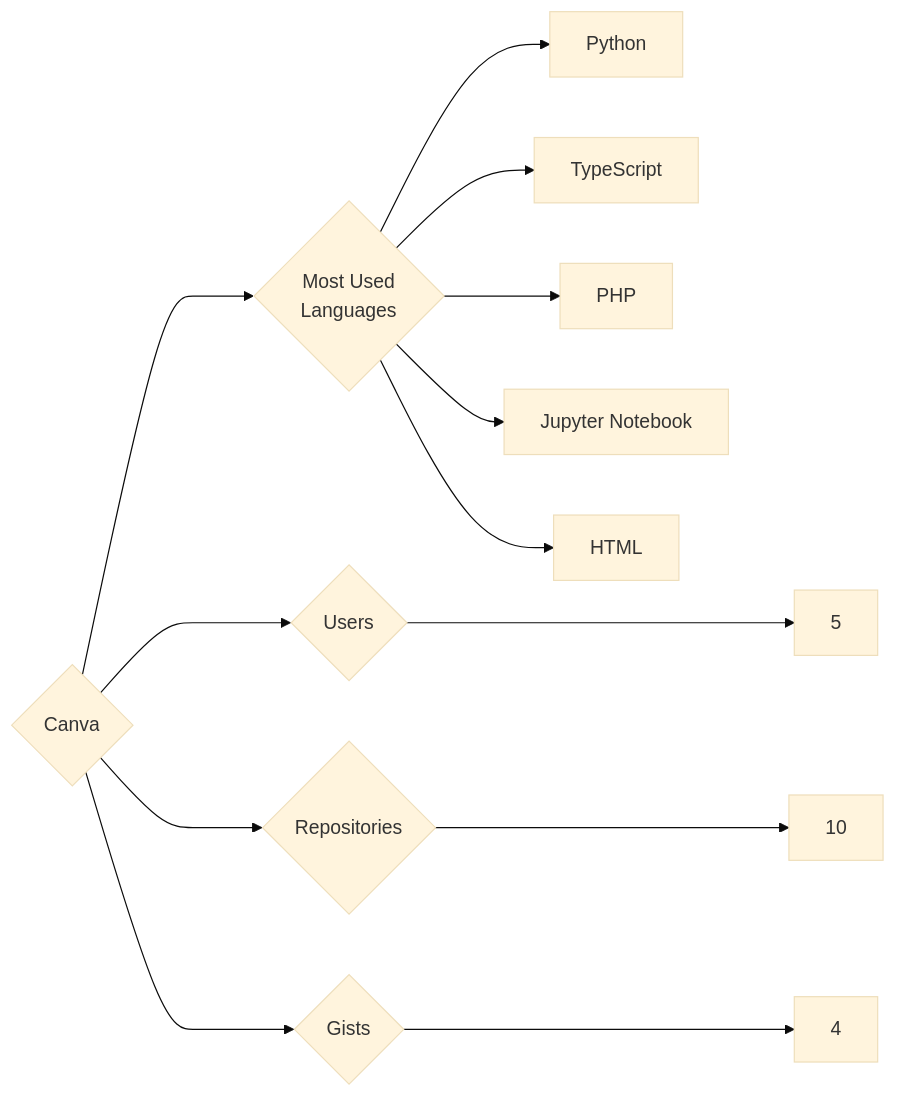
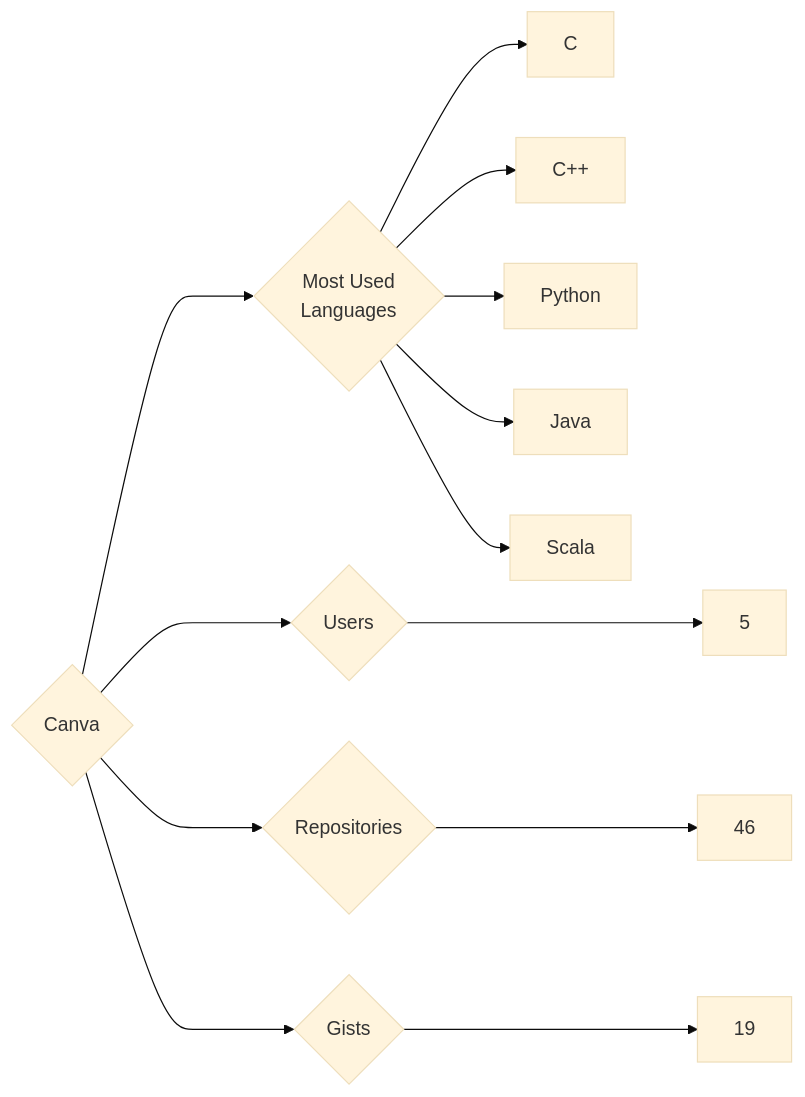
One commit to trickest/insiders changed the diagram in targets/Canva/README.md. Above: the diagram before and after it, drawn with Mermaid (base theme). The commit also changed 1141 other files, not shown here.

````diff
--- a/targets/Canva/README.md
+++ b/targets/Canva/README.md
@@ -3,13 +3,13 @@
 ```mermaid
 graph LR
 COMPANY_NAME{Canva}
 COMPANY_NAME ---> U{Users} ---> UN[5]
-COMPANY_NAME ---> R{Repositories} ---> RN[10]
-COMPANY_NAME ---> G{Gists} ---> GN[4]
+COMPANY_NAME ---> R{Repositories} ---> RN[46]
+COMPANY_NAME ---> G{Gists} ---> GN[19]
 COMPANY_NAME ---> ML{Most Used<br>Languages}
+ML --> C[C]
+ML --> C++[C++]
 ML --> Python[Python]
-ML --> TypeScript[TypeScript]
-ML --> PHP[PHP]
-ML --> Jupyter_Notebook[Jupyter Notebook]
-ML --> HTML[HTML]
+ML --> Java[Java]
+ML --> Scala[Scala]
 ```
````
